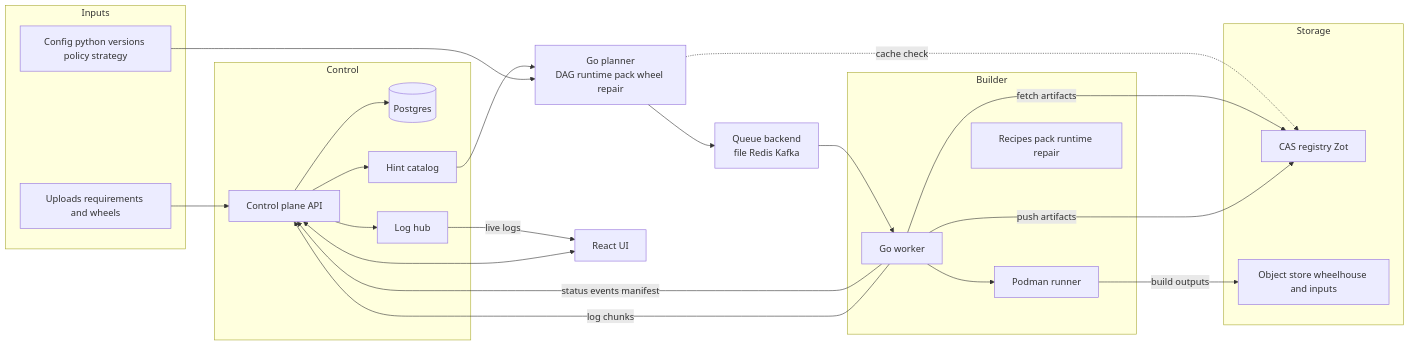
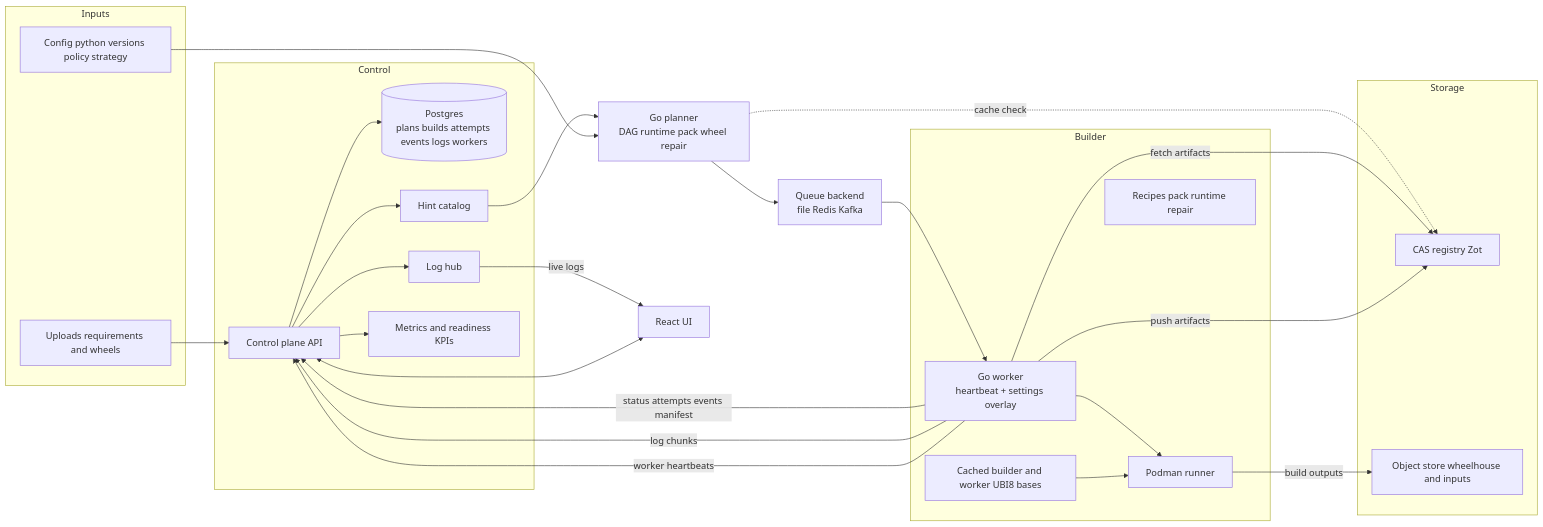
One commit to k8ika0s/s390x-wheel-refinery changed the diagram in docs/diagrams/overall-system.mmd. Above: the diagram before and after it, drawn with Mermaid. The commit also changed 7 other files, not shown here.

Commit message:
Tighten docs and diagrams for rollout readiness

```diff
--- a/docs/diagrams/overall-system.mmd
+++ b/docs/diagrams/overall-system.mmd
@@ -1,42 +1,47 @@
 flowchart LR
     subgraph Inputs
         IN[Uploads requirements and wheels]
         CFG[Config python versions policy strategy]
     end
 
     PLAN[Go planner<br/>DAG runtime pack wheel repair]
     Q[Queue backend<br/>file Redis Kafka]
     subgraph Control
         CP[Control plane API]
-        DB[(Postgres)]
+        DB[(Postgres<br/>plans builds attempts events logs workers)]
         HUB[Log hub]
         HINTS[Hint catalog]
+        METRICS[Metrics and readiness KPIs]
     end
     subgraph Storage
         ZOT[CAS registry Zot]
         MINIO[Object store wheelhouse and inputs]
     end
     subgraph Builder
-        WKR[Go worker]
+        WKR[Go worker<br/>heartbeat + settings overlay]
         RUN[Podman runner]
         REC[Recipes pack runtime repair]
+        BASE[Cached builder and worker UBI8 bases]
     end
     UI[React UI]
 
     IN --> CP
     CP --> DB
     CP --> HINTS
     HINTS --> PLAN
     CFG --> PLAN
     PLAN --> Q
     PLAN -. cache check .-> ZOT
     Q --> WKR
     WKR -->|fetch artifacts| ZOT
     WKR -->|push artifacts| ZOT
     WKR --> RUN
+    BASE --> RUN
     RUN -->|build outputs| MINIO
-    WKR -->|status events manifest| CP
+    WKR -->|status attempts events manifest| CP
     WKR -->|log chunks| CP
+    WKR -->|worker heartbeats| CP
     CP --> HUB
     HUB -->|live logs| UI
+    CP --> METRICS
     CP <--> UI
```
